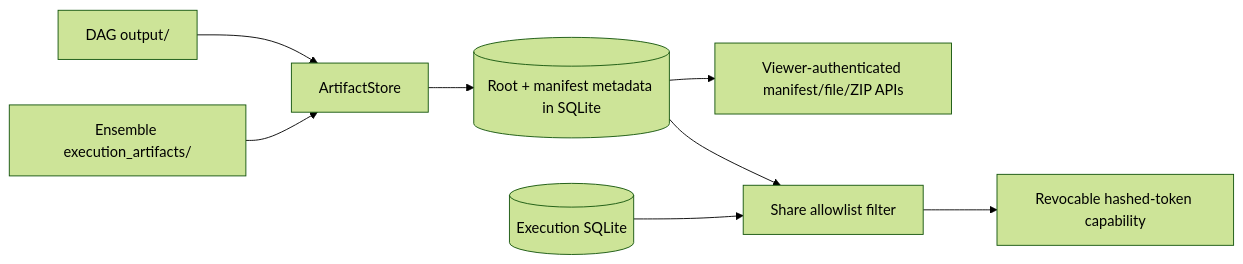
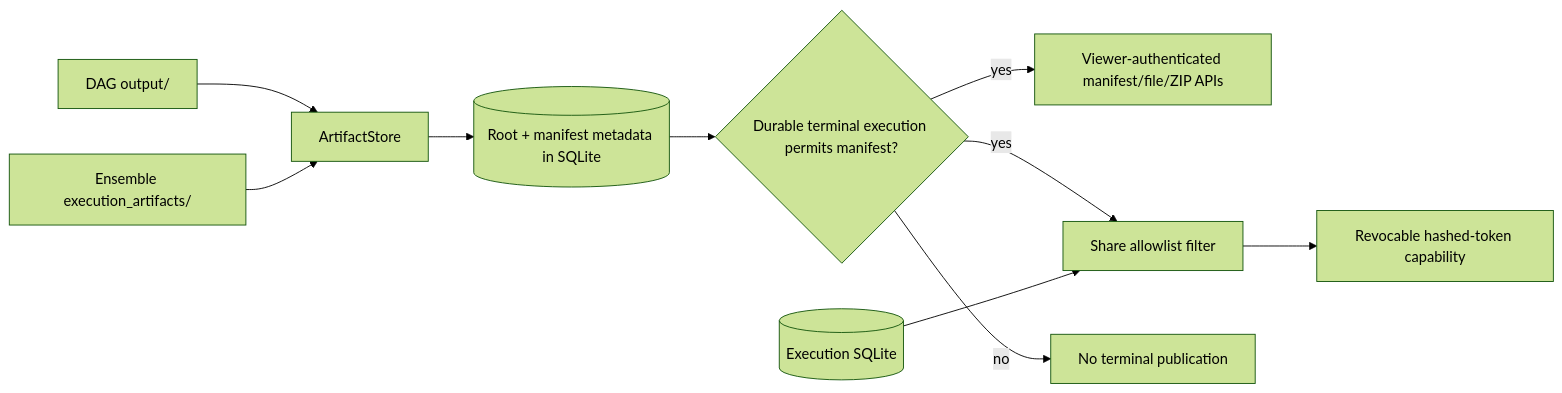
The eighth of 9 diagrams in docs/ARCHITECTURE.md (Jwrightsman/distributed-orchestrator), drawn with Mermaid (forest theme) before and after one commit. The commit also changed other lines of this file and 27 other files, not shown here.

Commit message:
test/docs: verify and document durable execution truth

````diff
--- a/docs/ARCHITECTURE.md
+++ b/docs/ARCHITECTURE.md
@@ -208,10 +242,12 @@
 ```mermaid
 flowchart LR
     D[DAG output/] --> A[ArtifactStore]
     E[Ensemble execution_artifacts/] --> A
     A --> M[(Root + manifest metadata in SQLite)]
-    M --> V[Viewer-authenticated manifest/file/ZIP APIs]
-    M --> F[Share allowlist filter]
+    M --> C{Durable terminal execution permits manifest?}
+    C -->|yes| V[Viewer-authenticated manifest/file/ZIP APIs]
+    C -->|yes| F[Share allowlist filter]
+    C -->|no| Z[No terminal publication]
     X[(Execution SQLite)] --> F
     F --> T[Revocable hashed-token capability]
 ```
````
